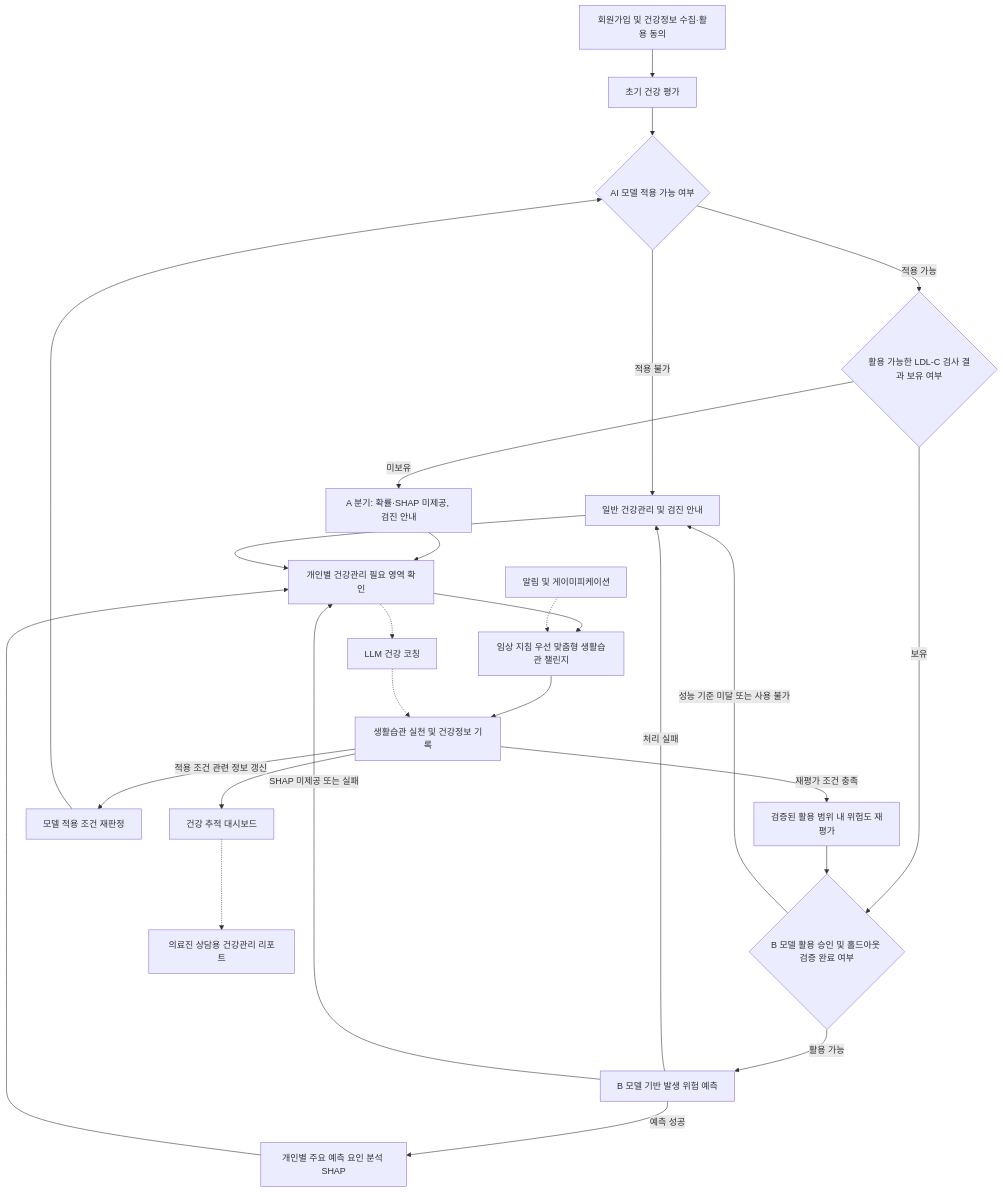
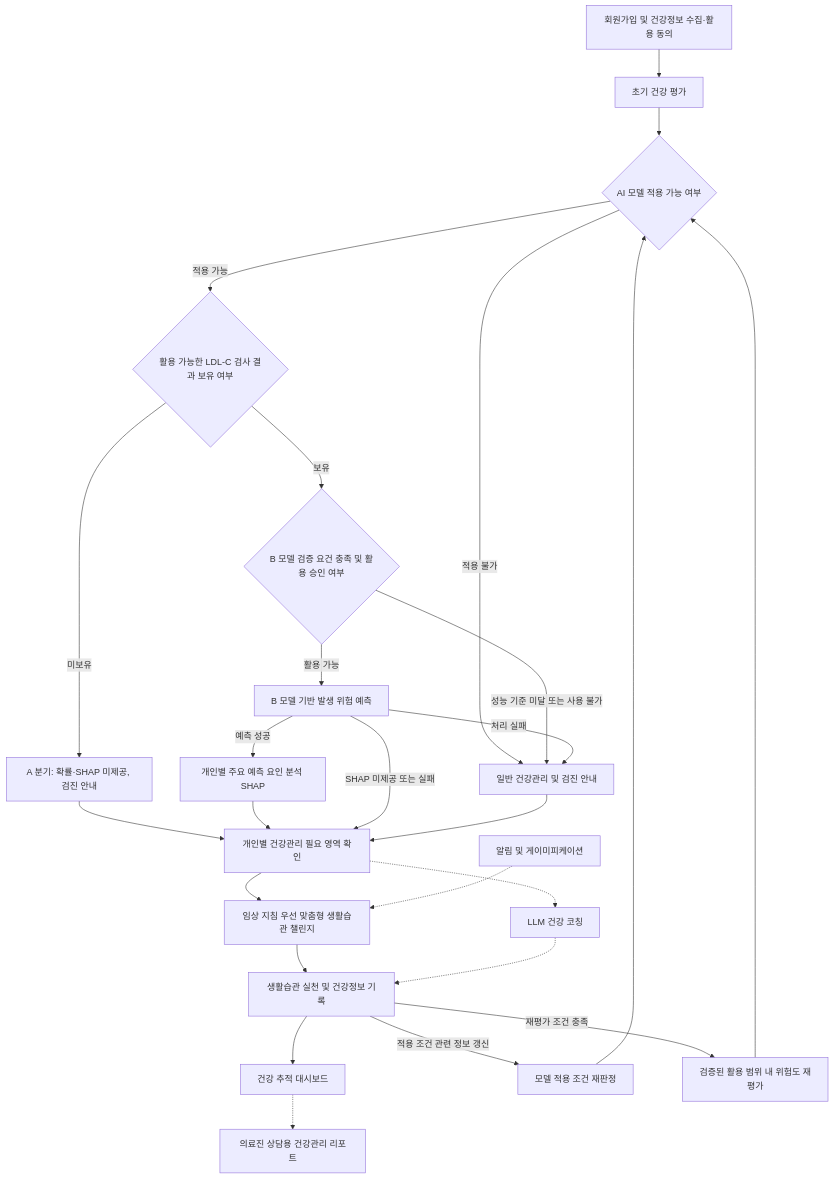
Before and after one commit to AI-HealthCare-07/welloop: the first of 2 diagrams in docs/planning/WELLOOP_요구사항정의서_v2.0.md, drawn with Mermaid. The commit also changed other lines of this file, not shown here.

````diff
--- a/docs/planning/WELLOOP_요구사항정의서_v2.0.md
+++ b/docs/planning/WELLOOP_요구사항정의서_v2.0.md
@@ -208,28 +208,28 @@
 ```mermaid
 flowchart TD
     AUTH["회원가입 및 건강정보 수집·활용 동의"] --> A["초기 건강 평가"]
     A --> B{"AI 모델 적용 가능 여부"}
     B -->|적용 불가| F["일반 건강관리 및 검진 안내"]
     B -->|적용 가능| C{"활용 가능한 LDL-C 검사 결과 보유 여부"}
     C -->|미보유| D["A 분기: 확률·SHAP 미제공, 검진 안내"]
-    C -->|보유| B1{"B 모델 활용 승인 및 홀드아웃 검증 완료 여부"}
+    C -->|보유| B1{"B 모델 검증 요건 충족 및 활용 승인 여부"}
     B1 -->|활용 가능| E["B 모델 기반 발생 위험 예측"]
     B1 -->|성능 기준 미달 또는 사용 불가| F
     E -->|처리 실패| F
     E -->|예측 성공| H["개인별 주요 예측 요인 분석 SHAP"]
     D --> G["개인별 건강관리 필요 영역 확인"]
     H --> G
     E -->|SHAP 미제공 또는 실패| G
     F --> G
     G --> I["임상 지침 우선 맞춤형 생활습관 챌린지"]
     G -.-> J["LLM 건강 코칭"]
     I --> K["생활습관 실천 및 건강정보 기록"]
     J -.-> K
     L["알림 및 게이미피케이션"] -.-> I
     K --> M["건강 추적 대시보드"]
     M -.-> N["의료진 상담용 건강관리 리포트"]
     K -->|적용 조건 관련 정보 갱신| O["모델 적용 조건 재판정"]
     O --> B
     K -->|재평가 조건 충족| P["검증된 활용 범위 내 위험도 재평가"]
-    P --> B1
+    P --> B
 ```
````
